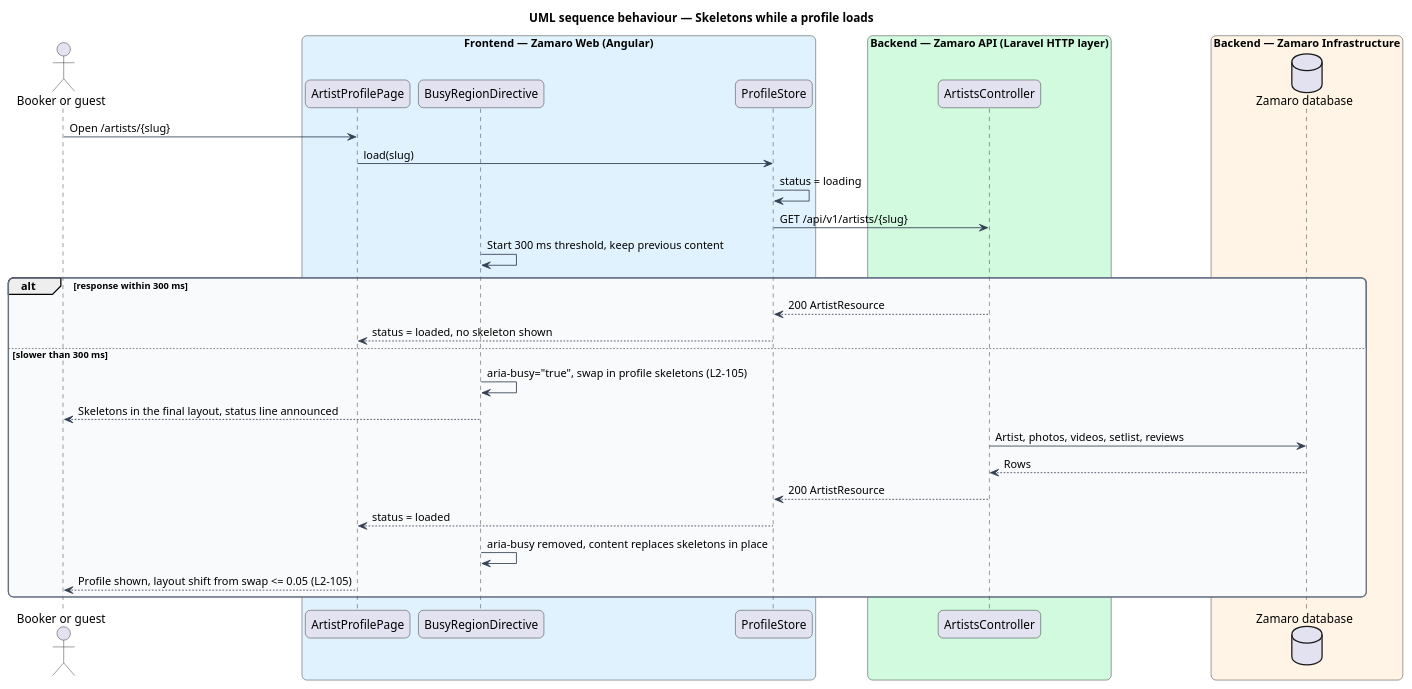
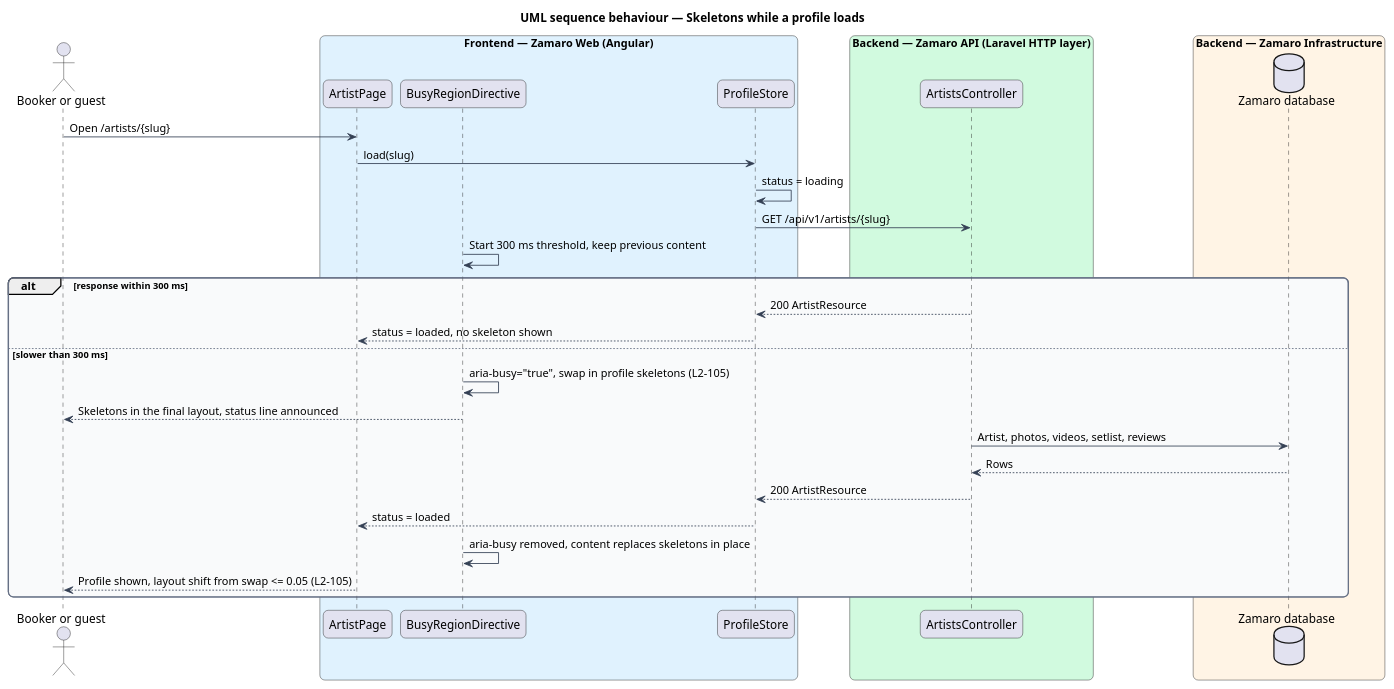
One commit to QuinntyneBrown/zamaro changed the diagram in docs/detailed-designs/user-experience/show-loading-and-feedback/diagrams/sequence-skeleton-loading.puml. Above: the diagram before and after it, drawn with PlantUML. The commit also changed 71 other files, not shown here.

```diff
--- a/docs/detailed-designs/user-experience/show-loading-and-feedback/diagrams/sequence-skeleton-loading.puml
+++ b/docs/detailed-designs/user-experience/show-loading-and-feedback/diagrams/sequence-skeleton-loading.puml
@@ -1,48 +1,48 @@
 @startuml
 title UML sequence behaviour — Skeletons while a profile loads
 skinparam backgroundColor #FFFFFF
 skinparam shadowing false
 skinparam roundcorner 12
 skinparam defaultFontName Arial
 skinparam ArrowColor #344054
 skinparam rectangle {
   BorderColor #344054
   FontColor #101828
 }
 skinparam package {
   BorderColor #667085
   FontColor #101828
   BackgroundColor #F9FAFB
 }
 actor "Booker or guest" as actor
 box "Frontend — Zamaro Web (Angular)" #E0F2FE
-  participant "ArtistProfilePage" as page
+  participant "ArtistPage" as page
   participant "BusyRegionDirective" as busy
   participant "ProfileStore" as store
 end box
 box "Backend — Zamaro API (Laravel HTTP layer)" #D1FADF
   participant "ArtistsController" as ctrl
 end box
 box "Backend — Zamaro Infrastructure" #FFF4E5
   database "Zamaro database" as db
 end box
 
 actor -> page : Open /artists/{slug}
 page -> store : load(slug)
 store -> store : status = loading
 store -> ctrl : GET /api/v1/artists/{slug}
 busy -> busy : Start 300 ms threshold, keep previous content
 alt response within 300 ms
   ctrl --> store : 200 ArtistResource
   store --> page : status = loaded, no skeleton shown
 else slower than 300 ms
   busy -> busy : aria-busy="true", swap in profile skeletons (L2-105)
   busy --> actor : Skeletons in the final layout, status line announced
   ctrl -> db : Artist, photos, videos, setlist, reviews
   db --> ctrl : Rows
   ctrl --> store : 200 ArtistResource
   store --> page : status = loaded
   busy -> busy : aria-busy removed, content replaces skeletons in place
   page --> actor : Profile shown, layout shift from swap <= 0.05 (L2-105)
 end
 @enduml
```
